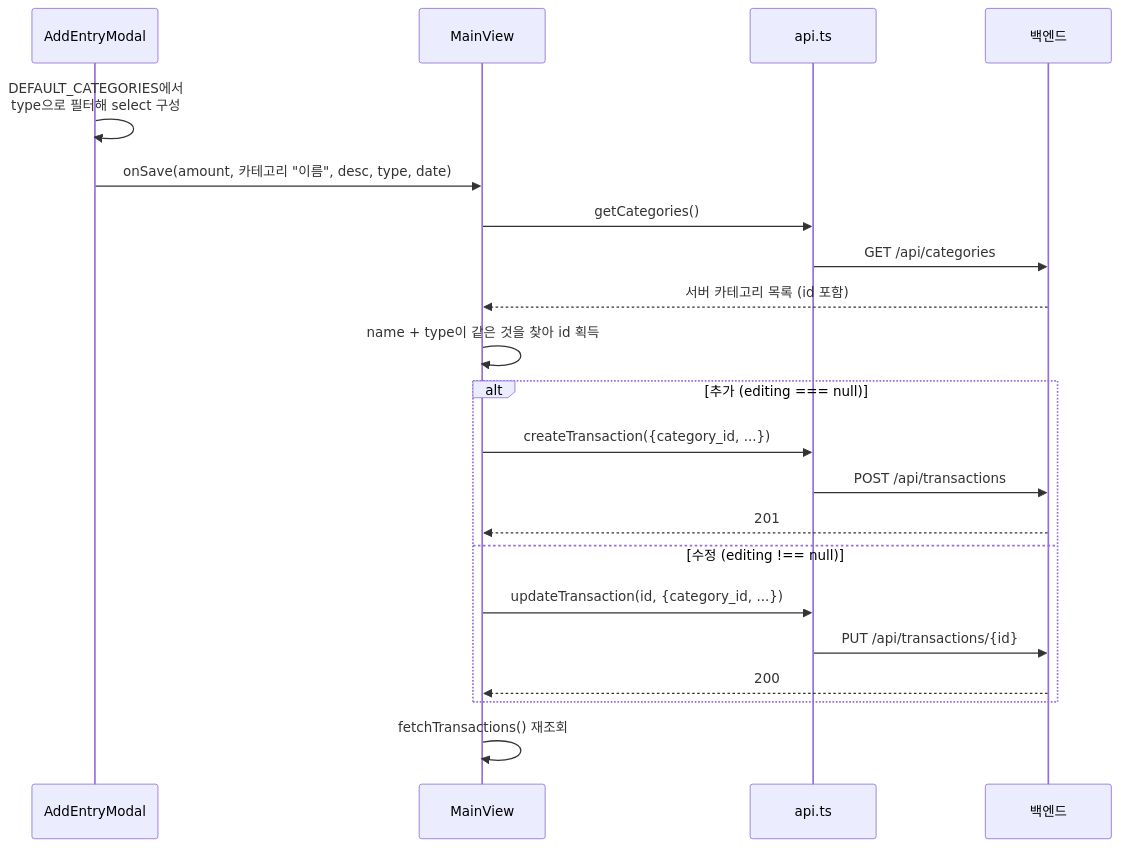
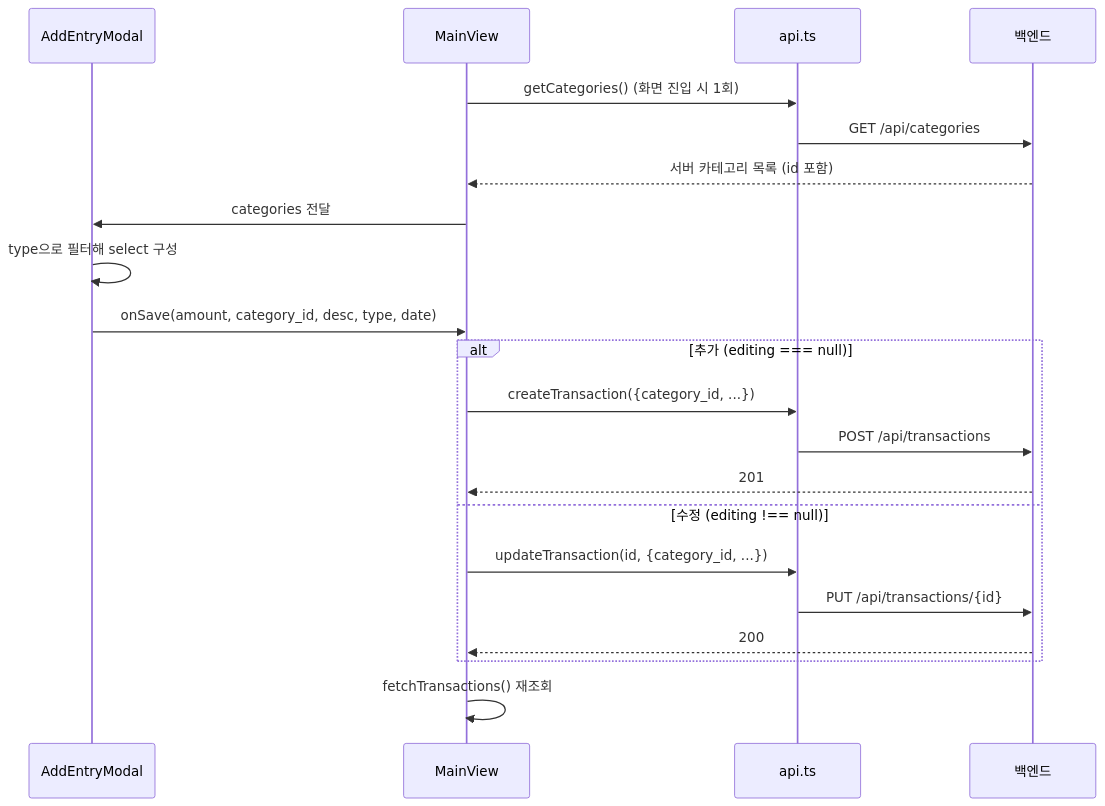
Before and after one commit to s2ngK/claude-asset-man: the diagram in docs/flow-create-transaction.md, drawn with Mermaid. The commit also changed other lines of this file and 12 other files, not shown here.

````diff
--- a/docs/flow-create-transaction.md
+++ b/docs/flow-create-transaction.md
@@ -10,24 +10,24 @@
 ```mermaid
 sequenceDiagram
     participant M as AddEntryModal
     participant V as MainView
     participant A as api.ts
     participant S as 백엔드
 
-    M->>M: DEFAULT_CATEGORIES에서<br/>type으로 필터해 select 구성
-    M->>V: onSave(amount, 카테고리 "이름", desc, type, date)
-    V->>A: getCategories()
+    V->>A: getCategories() (화면 진입 시 1회)
     A->>S: GET /api/categories
     S-->>V: 서버 카테고리 목록 (id 포함)
-    V->>V: name + type이 같은 것을 찾아 id 획득
+    V->>M: categories 전달
+    M->>M: type으로 필터해 select 구성
+    M->>V: onSave(amount, category_id, desc, type, date)
     alt 추가 (editing === null)
         V->>A: createTransaction({category_id, ...})
         A->>S: POST /api/transactions
         S-->>V: 201
     else 수정 (editing !== null)
         V->>A: updateTransaction(id, {category_id, ...})
         A->>S: PUT /api/transactions/{id}
         S-->>V: 200
     end
     V->>V: fetchTransactions() 재조회
 ```
````
